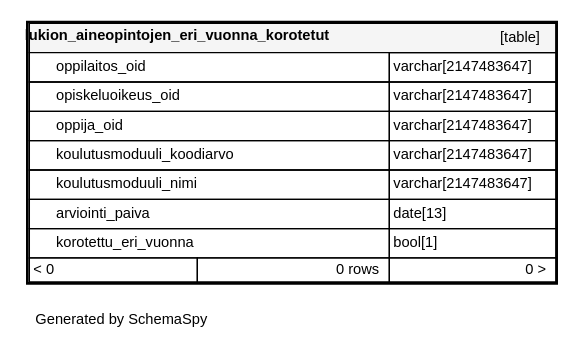
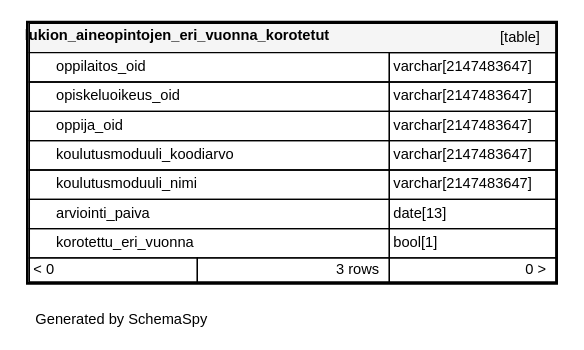
Before and after one commit to Opetushallitus/koski: the diagram in documentation/tietokantaskeemat/koski-raportointikanta/diagrams/tables/lukion_aineopintojen_eri_vuonna_f8cfe17b.1degree.dot, drawn with Graphviz. The commit also changed 185 other files, not shown here.

```diff
--- a/documentation/tietokantaskeemat/koski-raportointikanta/diagrams/tables/lukion_aineopintojen_eri_vuonna_f8cfe17b.1degree.dot
+++ b/documentation/tietokantaskeemat/koski-raportointikanta/diagrams/tables/lukion_aineopintojen_eri_vuonna_f8cfe17b.1degree.dot
@@ -1,20 +1,20 @@
 digraph "oneDegreeRelationshipsDiagram" {
   graph [    rankdir="RL"    bgcolor="#ffffff"    label="\nGenerated by SchemaSpy"    labeljust="l"    nodesep="0.18"    ranksep="0.46"    fontname="Helvetica"    fontsize="11"    ration="compress"  ];  node [    fontname="Helvetica"    fontsize="11"    shape="plaintext"  ];  edge [    arrowsize="0.8"  ];
   "lukion_aineopintojen_eri_vuonna_korotetut" [
    label=<
     <TABLE BORDER="2" CELLBORDER="1" CELLSPACING="0" BGCOLOR="#ffffff">
       <TR><TD COLSPAN="4"  BGCOLOR="#f5f5f5"><TABLE BORDER="0" CELLSPACING="0"><TR><TD ALIGN="LEFT" FIXEDSIZE="TRUE" WIDTH="249" HEIGHT="16"><B>lukion_aineopintojen_eri_vuonna_korotetut</B></TD><TD ALIGN="RIGHT">[table]</TD></TR></TABLE></TD></TR>
       <TR><TD PORT="oppilaitos_oid" COLSPAN="2" BGCOLOR="#ffffff" ALIGN="LEFT"><TABLE BORDER="0" CELLSPACING="0" ALIGN="LEFT"><TR ALIGN="LEFT"><TD ALIGN="LEFT" FIXEDSIZE="TRUE" WIDTH="15" HEIGHT="16"></TD><TD ALIGN="LEFT" FIXEDSIZE="TRUE" WIDTH="249" HEIGHT="16">oppilaitos_oid</TD></TR></TABLE></TD><TD PORT="oppilaitos_oid.type" ALIGN="LEFT">varchar[2147483647]</TD></TR>
       <TR><TD PORT="opiskeluoikeus_oid" COLSPAN="2" ALIGN="LEFT"><TABLE BORDER="0" CELLSPACING="0" ALIGN="LEFT"><TR ALIGN="LEFT"><TD ALIGN="LEFT" FIXEDSIZE="TRUE" WIDTH="15" HEIGHT="16"></TD><TD ALIGN="LEFT" FIXEDSIZE="TRUE" WIDTH="249" HEIGHT="16">opiskeluoikeus_oid</TD></TR></TABLE></TD><TD PORT="opiskeluoikeus_oid.type" ALIGN="LEFT">varchar[2147483647]</TD></TR>
       <TR><TD PORT="oppija_oid" COLSPAN="2" ALIGN="LEFT"><TABLE BORDER="0" CELLSPACING="0" ALIGN="LEFT"><TR ALIGN="LEFT"><TD ALIGN="LEFT" FIXEDSIZE="TRUE" WIDTH="15" HEIGHT="16"></TD><TD ALIGN="LEFT" FIXEDSIZE="TRUE" WIDTH="249" HEIGHT="16">oppija_oid</TD></TR></TABLE></TD><TD PORT="oppija_oid.type" ALIGN="LEFT">varchar[2147483647]</TD></TR>
       <TR><TD PORT="koulutusmoduuli_koodiarvo" COLSPAN="2" ALIGN="LEFT"><TABLE BORDER="0" CELLSPACING="0" ALIGN="LEFT"><TR ALIGN="LEFT"><TD ALIGN="LEFT" FIXEDSIZE="TRUE" WIDTH="15" HEIGHT="16"></TD><TD ALIGN="LEFT" FIXEDSIZE="TRUE" WIDTH="249" HEIGHT="16">koulutusmoduuli_koodiarvo</TD></TR></TABLE></TD><TD PORT="koulutusmoduuli_koodiarvo.type" ALIGN="LEFT">varchar[2147483647]</TD></TR>
       <TR><TD PORT="koulutusmoduuli_nimi" COLSPAN="2" ALIGN="LEFT"><TABLE BORDER="0" CELLSPACING="0" ALIGN="LEFT"><TR ALIGN="LEFT"><TD ALIGN="LEFT" FIXEDSIZE="TRUE" WIDTH="15" HEIGHT="16"></TD><TD ALIGN="LEFT" FIXEDSIZE="TRUE" WIDTH="249" HEIGHT="16">koulutusmoduuli_nimi</TD></TR></TABLE></TD><TD PORT="koulutusmoduuli_nimi.type" ALIGN="LEFT">varchar[2147483647]</TD></TR>
       <TR><TD PORT="arviointi_paiva" COLSPAN="2" ALIGN="LEFT"><TABLE BORDER="0" CELLSPACING="0" ALIGN="LEFT"><TR ALIGN="LEFT"><TD ALIGN="LEFT" FIXEDSIZE="TRUE" WIDTH="15" HEIGHT="16"></TD><TD ALIGN="LEFT" FIXEDSIZE="TRUE" WIDTH="249" HEIGHT="16">arviointi_paiva</TD></TR></TABLE></TD><TD PORT="arviointi_paiva.type" ALIGN="LEFT">date[13]</TD></TR>
       <TR><TD PORT="korotettu_eri_vuonna" COLSPAN="2" ALIGN="LEFT"><TABLE BORDER="0" CELLSPACING="0" ALIGN="LEFT"><TR ALIGN="LEFT"><TD ALIGN="LEFT" FIXEDSIZE="TRUE" WIDTH="15" HEIGHT="16"></TD><TD ALIGN="LEFT" FIXEDSIZE="TRUE" WIDTH="249" HEIGHT="16">korotettu_eri_vuonna</TD></TR></TABLE></TD><TD PORT="korotettu_eri_vuonna.type" ALIGN="LEFT">bool[1]</TD></TR>
-      <TR><TD ALIGN="LEFT" BGCOLOR="#ffffff">&lt; 0</TD><TD ALIGN="RIGHT" BGCOLOR="#ffffff">0 rows</TD><TD ALIGN="RIGHT" BGCOLOR="#ffffff">0 &gt;</TD></TR>
+      <TR><TD ALIGN="LEFT" BGCOLOR="#ffffff">&lt; 0</TD><TD ALIGN="RIGHT" BGCOLOR="#ffffff">3 rows</TD><TD ALIGN="RIGHT" BGCOLOR="#ffffff">0 &gt;</TD></TR>
     </TABLE>>
     URL="../../tables/lukion_aineopintojen_eri_vuonna_f8cfe17b.html"
     target="_top"
     tooltip="lukion_aineopintojen_eri_vuonna_korotetut"
   ];
 }
```
